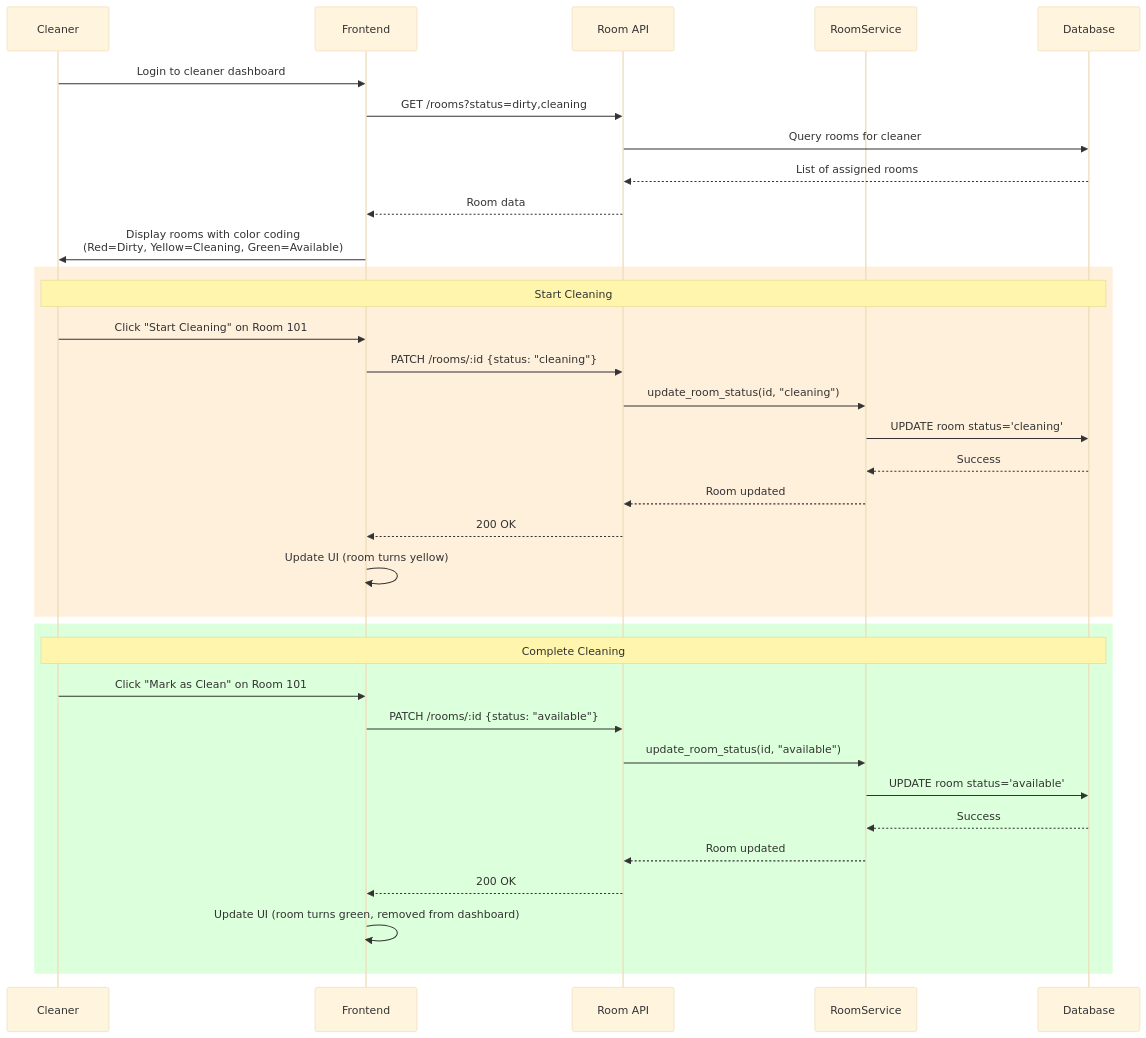
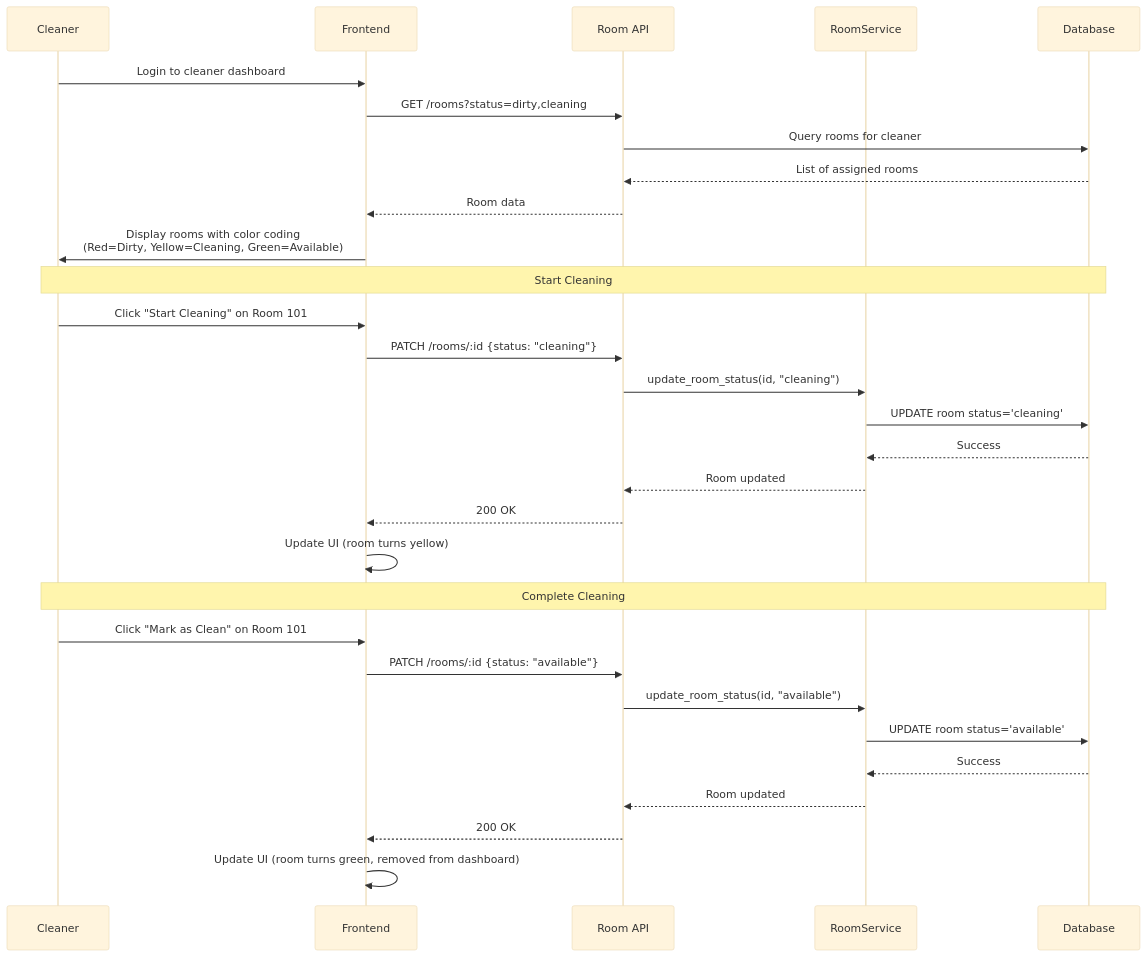
Diagram 12 of 16 in data-flow.md (baohuyhuy/pupinn), drawn with Mermaid (base theme) before and after one commit. The commit also changed other lines of this file, not shown here.

Commit message:
Refactor sequence diagrams for clarity

````diff
--- a/data-flow.md
+++ b/data-flow.md
@@ -480,39 +456,35 @@
 ```mermaid
 sequenceDiagram
     participant C as Cleaner
     participant F as Frontend
     participant API as Room API
     participant RS as RoomService
     participant DB as Database
     
     C->>F: Login to cleaner dashboard
     F->>API: GET /rooms?status=dirty,cleaning
     API->>DB: Query rooms for cleaner
     DB-->>API: List of assigned rooms
     API-->>F: Room data
     F->>C: Display rooms with color coding<br/>(Red=Dirty, Yellow=Cleaning, Green=Available)
     
-    rect rgb(255, 240, 220)
-        Note over C,DB: Start Cleaning
-        C->>F: Click "Start Cleaning" on Room 101
-        F->>API: PATCH /rooms/:id {status: "cleaning"}
-        API->>RS: update_room_status(id, "cleaning")
-        RS->>DB: UPDATE room status='cleaning'
-        DB-->>RS: Success
-        RS-->>API: Room updated
-        API-->>F: 200 OK
-        F->>F: Update UI (room turns yellow)
-    end
+    Note over C,DB: Start Cleaning
+    C->>F: Click "Start Cleaning" on Room 101
+    F->>API: PATCH /rooms/:id {status: "cleaning"}
+    API->>RS: update_room_status(id, "cleaning")
+    RS->>DB: UPDATE room status='cleaning'
+    DB-->>RS: Success
+    RS-->>API: Room updated
+    API-->>F: 200 OK
+    F->>F: Update UI (room turns yellow)
     
-    rect rgb(220, 255, 220)
-        Note over C,DB: Complete Cleaning
-        C->>F: Click "Mark as Clean" on Room 101
-        F->>API: PATCH /rooms/:id {status: "available"}
-        API->>RS: update_room_status(id, "available")
-        RS->>DB: UPDATE room status='available'
-        DB-->>RS: Success
-        RS-->>API: Room updated
-        API-->>F: 200 OK
-        F->>F: Update UI (room turns green, removed from dashboard)
-    end
+    Note over C,DB: Complete Cleaning
+    C->>F: Click "Mark as Clean" on Room 101
+    F->>API: PATCH /rooms/:id {status: "available"}
+    API->>RS: update_room_status(id, "available")
+    RS->>DB: UPDATE room status='available'
+    DB-->>RS: Success
+    RS-->>API: Room updated
+    API-->>F: 200 OK
+    F->>F: Update UI (room turns green, removed from dashboard)
 ```
````
